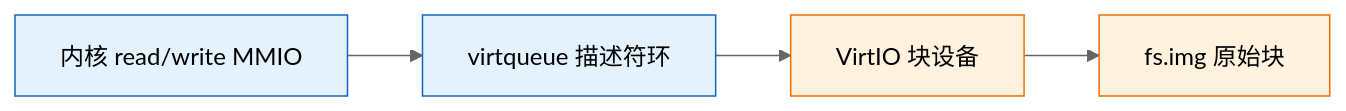
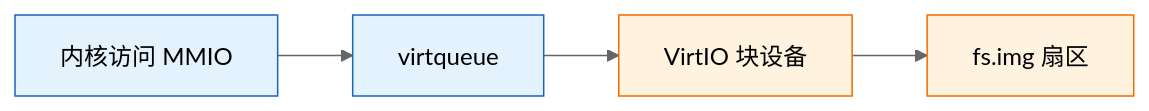
The diagram in os-lab/labs/lab6-disk-fs.md (AM-SuSh/EVOLVE), drawn with Mermaid (neutral theme) before and after one commit. The commit also changed other lines of this file and 23 other files, not shown here.

````diff
--- a/os-lab/labs/lab6-disk-fs.md
+++ b/os-lab/labs/lab6-disk-fs.md
@@ -72,11 +68,11 @@
 ```mermaid
 graph LR
-    CPU["内核 read/write MMIO"] --> VQ["virtqueue 描述符环"]
+    CPU["内核访问 MMIO"] --> VQ["virtqueue"]
     VQ --> DEV["VirtIO 块设备"]
-    DEV --> IMG["fs.img 原始块"]
+    DEV --> IMG["fs.img 扇区"]
 
     classDef hw fill:#e3f2fd,stroke:#1565c0;
     classDef fs fill:#fff3e0,stroke:#ef6c00;
     class CPU,VQ hw;
     class DEV,IMG fs;
 ```
````
